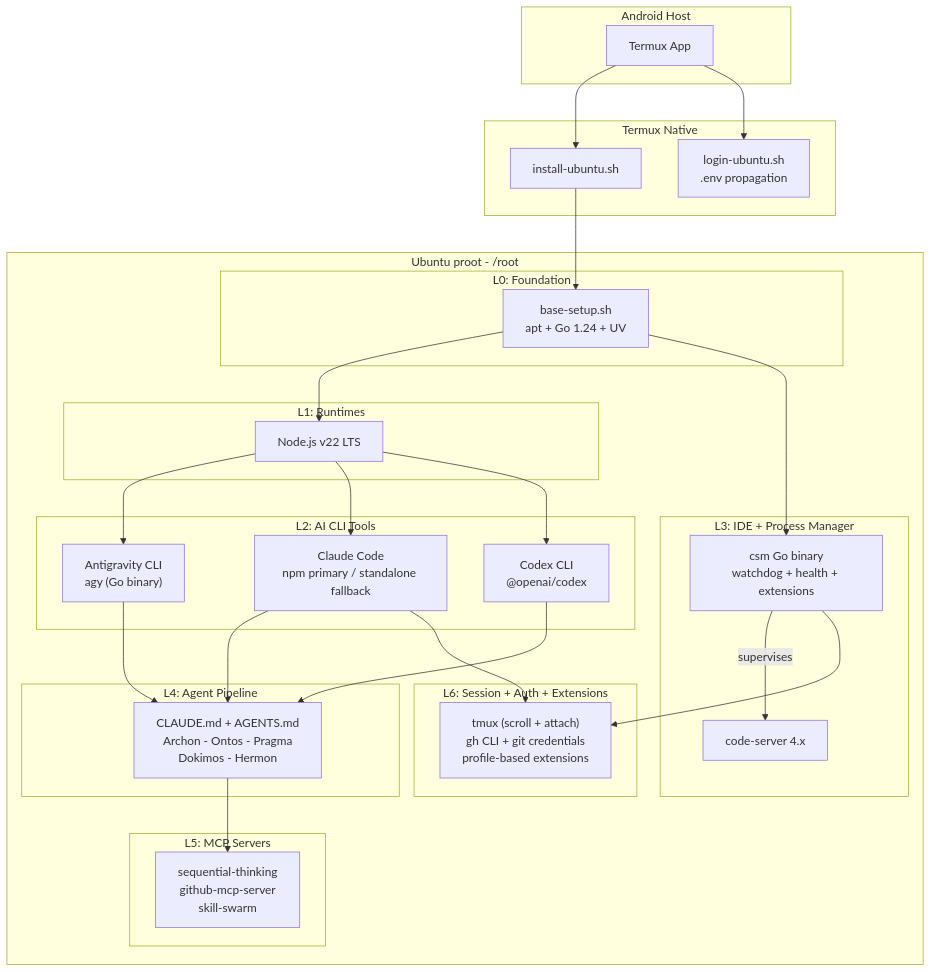
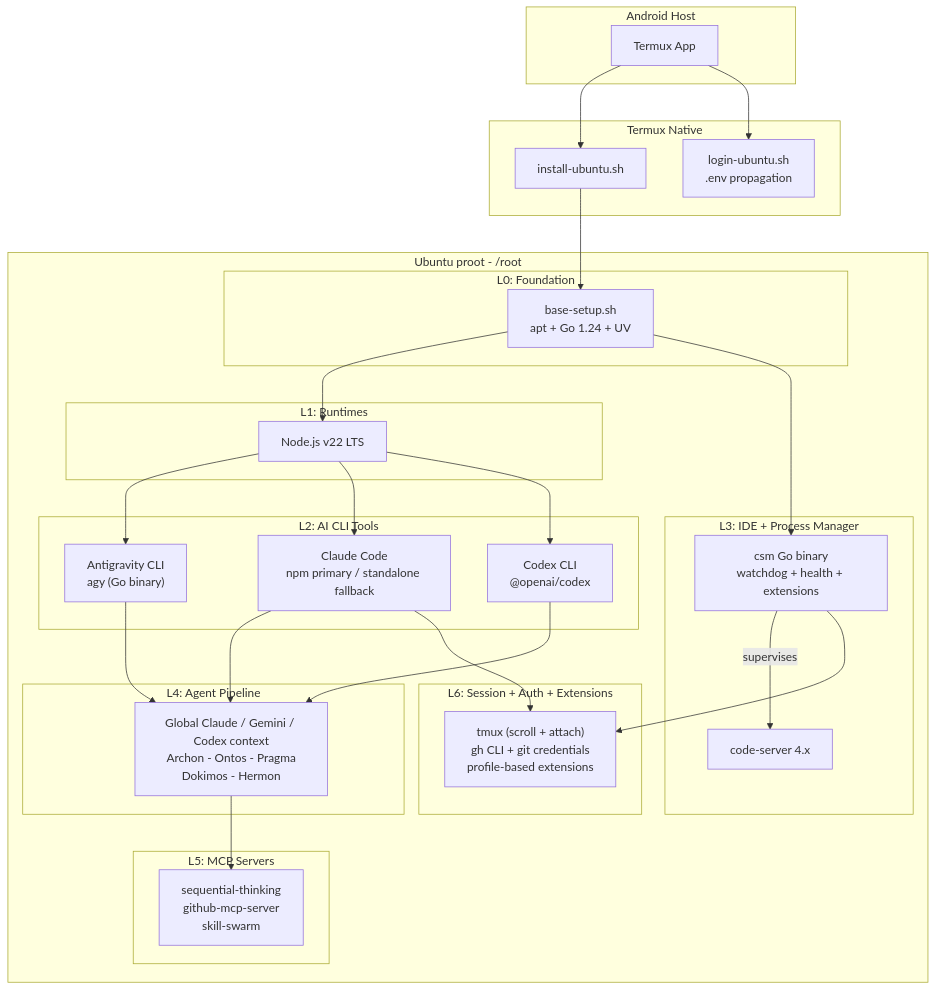
One commit to ancrz/termux-linux-deployer changed the first of 7 diagrams in README.md. Above: the diagram before and after it, drawn with Mermaid. The commit also changed other lines of this file and 2 other files, not shown here.

Commit message:
feat: bootstrap global agentic pipeline

````diff
--- a/README.md
+++ b/README.md
@@ -11,52 +11,52 @@
 ```mermaid
 graph TB
     subgraph "Android Host"
         A["Termux App"]
     end
 
     subgraph "Termux Native"
         B["install-ubuntu.sh"]
         L["login-ubuntu.sh<br/>.env propagation"]
     end
 
     subgraph "Ubuntu proot - /root"
         subgraph "L0: Foundation"
             C["base-setup.sh<br/>apt + Go 1.24 + UV"]
         end
 
         subgraph "L1: Runtimes"
             D["Node.js v22 LTS"]
         end
 
         subgraph "L2: AI CLI Tools"
             G["Antigravity CLI<br/>agy (Go binary)"]
             H["Claude Code<br/>npm primary / standalone fallback"]
             CX["Codex CLI<br/>@openai/codex"]
         end
 
         subgraph "L3: IDE + Process Manager"
             I["csm Go binary<br/>watchdog + health + extensions"]
             J["code-server 4.x"]
         end
 
         subgraph "L4: Agent Pipeline"
-            K["CLAUDE.md + AGENTS.md<br/>Archon - Ontos - Pragma<br/>Dokimos - Hermon"]
+            K["Global Claude / Gemini / Codex context<br/>Archon - Ontos - Pragma<br/>Dokimos - Hermon"]
         end
 
         subgraph "L5: MCP Servers"
             M["sequential-thinking<br/>github-mcp-server<br/>skill-swarm"]
         end
 
         subgraph "L6: Session + Auth + Extensions"
             N["tmux (scroll + attach)<br/>gh CLI + git credentials<br/>profile-based extensions"]
         end
     end
 
     A --> B --> C
     A --> L
     C --> D --> G & H & CX
     C --> I -->|supervises| J
     G & H & CX --> K --> M
     H --> N
     I --> N
 ```
````
